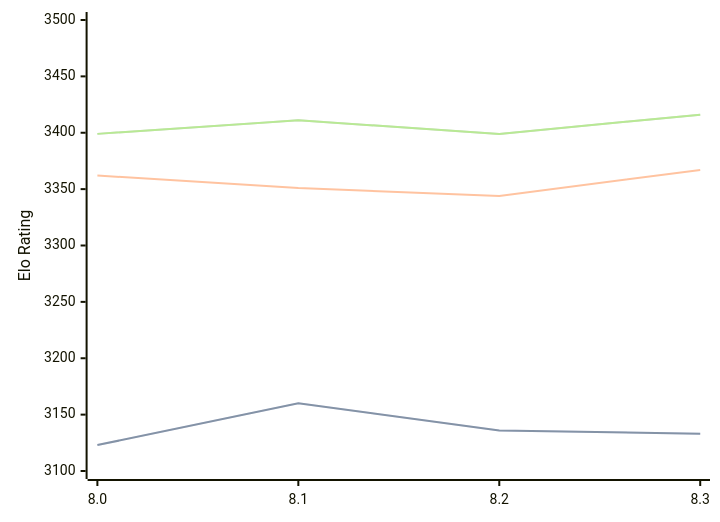
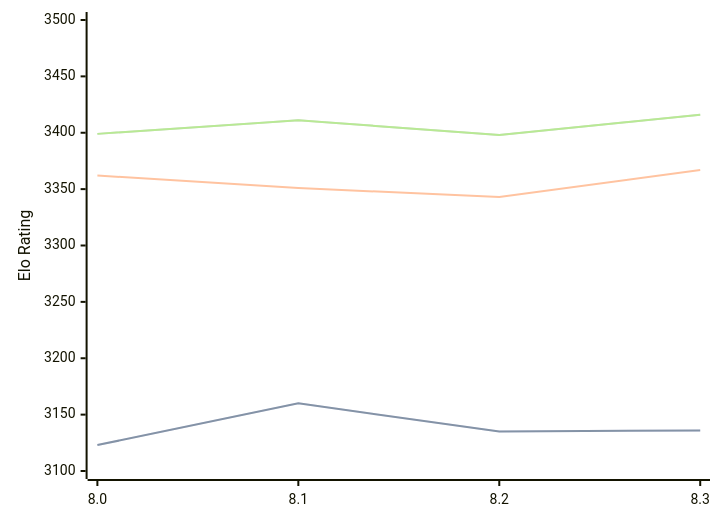
Before and after one commit to computer-chess-index/cci: the diagram in engines/Alexander.md, drawn with Mermaid. The commit also changed other lines of this file, not shown here.

Commit message:
Update CCI Ratings (ELO VLTC) - 2026-06-09

````diff
--- a/engines/Alexander.md
+++ b/engines/Alexander.md
@@ -48,11 +48,11 @@
 ```mermaid
 %%{init: {"theme":"base","themeVariables":{"seriesColors:['#a3a3a3','#222221','#faa371']}}}%%
 xychart-beta
   x-axis ["8.0", "8.1", "8.2", "8.3"]
   y-axis "Elo Rating" 3100 --> 3500
-  line "STC (8.0+0.08s)" [3123, 3160, 3136, 3133]
-  line "STC (8.0+0.08s)" [3123, 3160, 3136, 3133]
-  line "LTC (60.0+0.60s)" [3362, 3351, 3344, 3367]
-  line "VLTC (2m24s+1.12s)" [3399, 3411, 3399, 3416]
-  line "VLTC (2m24s+1.12s)" [3399, 3411, 3399, 3416]
+  line "STC (8.0+0.08s)" [3123, 3160, 3135, 3136]
+  line "STC (8.0+0.08s)" [3123, 3160, 3135, 3136]
+  line "LTC (60.0+0.60s)" [3362, 3351, 3343, 3367]
+  line "VLTC (2m24s+1.12s)" [3399, 3411, 3398, 3416]
+  line "VLTC (2m24s+1.12s)" [3399, 3411, 3398, 3416]
 ```
````
